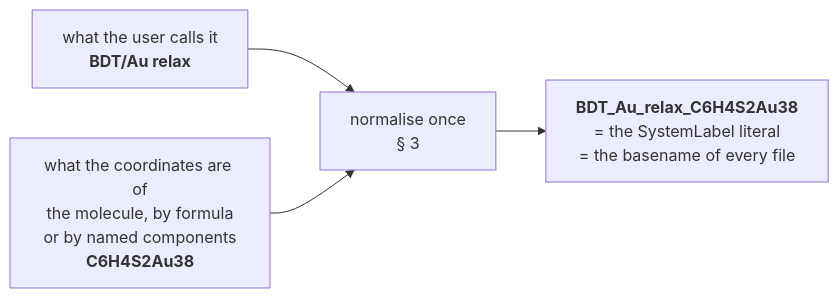
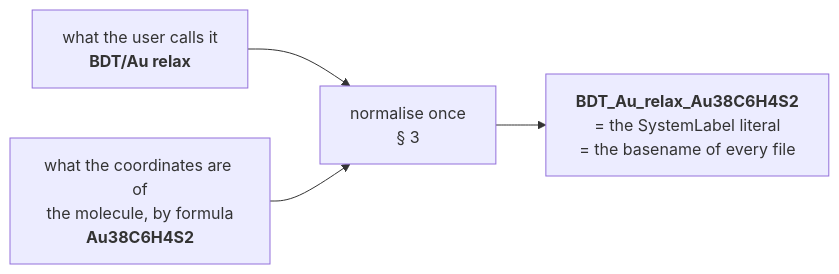
One commit to Qing-LAB/molbuilder changed the first of 2 diagrams in docs/execution/run-identity.md. Above: the diagram before and after it, drawn with Mermaid. The commit also changed other lines of this file and 9 other files, not shown here.

````diff
--- a/docs/execution/run-identity.md
+++ b/docs/execution/run-identity.md
@@ -66,6 +66,6 @@
 ```mermaid
 flowchart LR
     U["what the user calls it<br/><b>BDT/Au relax</b>"] --> N["normalise once<br/>§ 3"]
-    M["what the coordinates are of<br/>the molecule, by formula<br/>or by named components<br/><b>C6H4S2Au38</b>"] --> N
-    N --> I["<b>BDT_Au_relax_C6H4S2Au38</b><br/>= the SystemLabel literal<br/>= the basename of every file"]
+    M["what the coordinates are of<br/>the molecule, by formula<br/><b>Au38C6H4S2</b>"] --> N
+    N --> I["<b>BDT_Au_relax_Au38C6H4S2</b><br/>= the SystemLabel literal<br/>= the basename of every file"]
 ```
````
